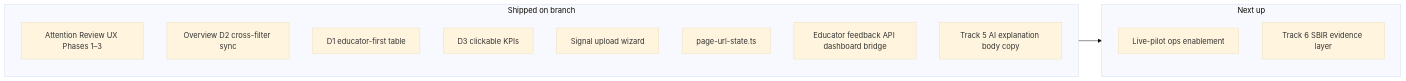
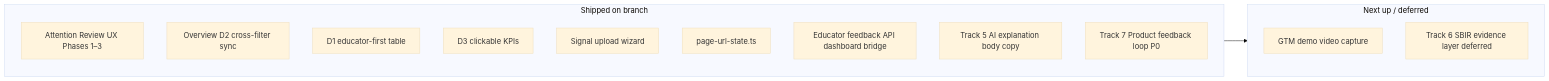
One commit to rhyanvargas/8p3p-control-layer changed the first of 2 diagrams in .cursor/plans/dashboard_pilot_roadmap_0fa0e18a.plan.md. Above: the diagram before and after it, drawn with Mermaid (base theme). The commit also changed other lines of this file and 43 other files, not shown here.

First line of the commit message:
feat(feedback): ship customer feedback loop P0 for hosted charter pilot

````diff
--- a/.cursor/plans/dashboard_pilot_roadmap_0fa0e18a.plan.md
+++ b/.cursor/plans/dashboard_pilot_roadmap_0fa0e18a.plan.md
@@ -81,18 +84,19 @@
 ```mermaid
 flowchart LR
   subgraph shipped [Shipped on branch]
     AttReview[Attention Review UX Phases 1–3]
     D2[Overview D2 cross-filter sync]
     D1[D1 educator-first table]
     D3[D3 clickable KPIs]
     Upload[Signal upload wizard]
     URLState[page-url-state.ts]
     FeedbackBridge[Educator feedback API dashboard bridge]
     AIUI[Track 5 AI explanation body copy]
+    ProductFeedback[Track 7 Product feedback loop P0]
   end
-  subgraph next [Next up]
-    LIVEOPS[Live-pilot ops enablement]
-    SBIR[Track 6 SBIR evidence layer]
+  subgraph next [Next up / deferred]
+    DemoCapture[GTM demo video capture]
+    SBIR[Track 6 SBIR evidence layer deferred]
   end
   shipped --> next
 ```
````
